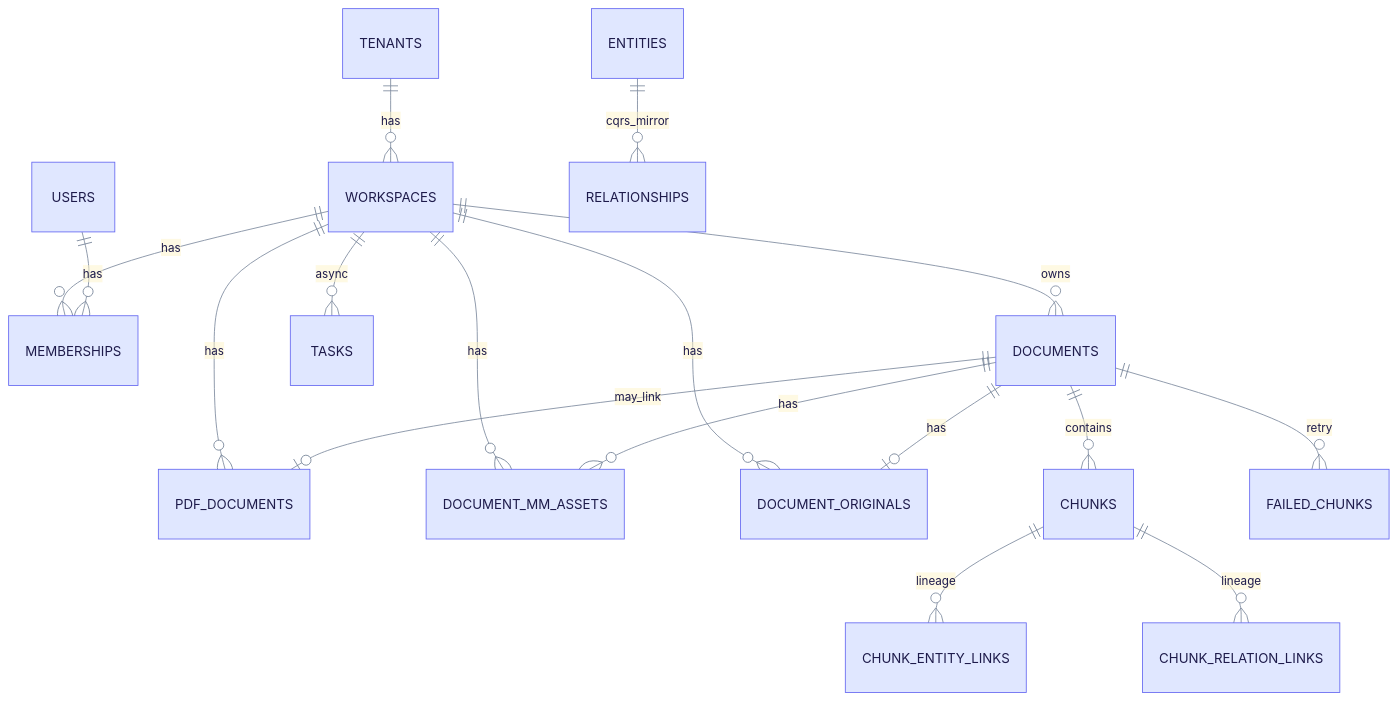
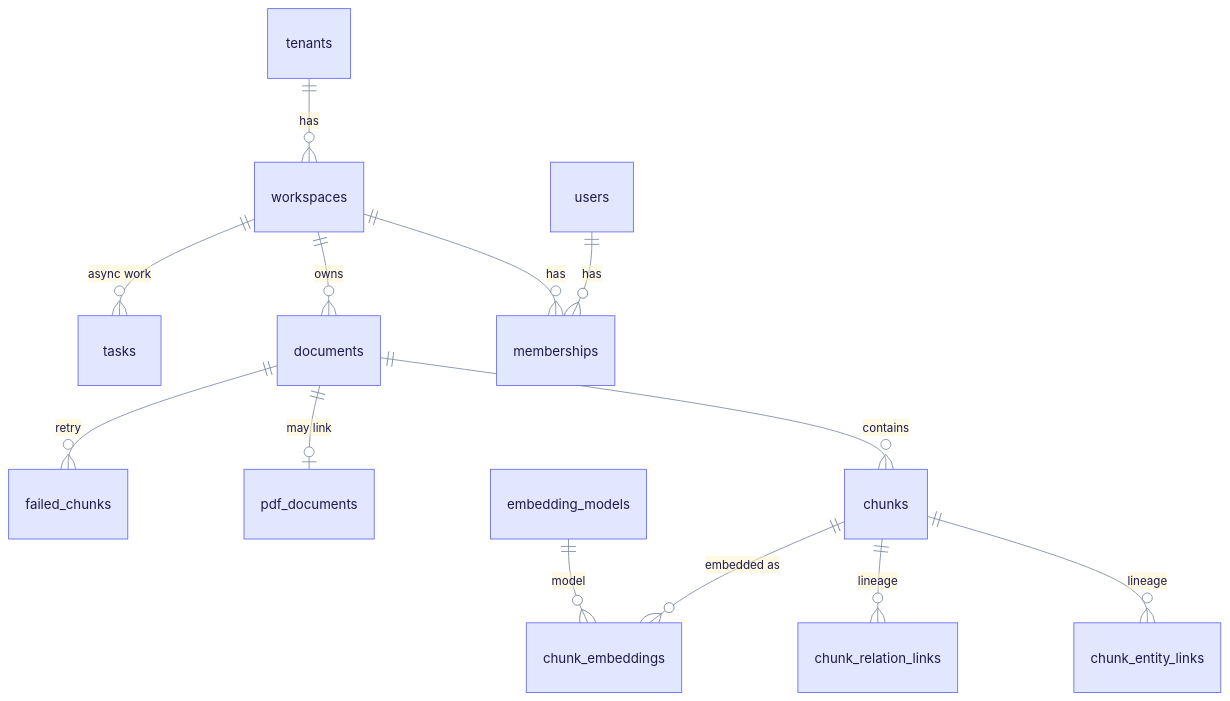
The third of 7 diagrams in docs/deep-dives/data-layer.md (raphaelmansuy/edgequake), drawn with Mermaid before and after one commit. The commit also changed other lines of this file and 194 other files, not shown here.

First line of the commit message:
Refresh docs against code and rebuild schema E/R as progressive steps

````diff
--- a/docs/deep-dives/data-layer.md
+++ b/docs/deep-dives/data-layer.md
@@ -239,21 +153,17 @@
 ```mermaid
 %%{init: {"theme":"base","themeVariables":{"primaryColor":"#E0E7FF","primaryBorderColor":"#6366F1","primaryTextColor":"#1E1B4B","secondaryColor":"#D1FAE5","secondaryBorderColor":"#10B981","secondaryTextColor":"#064E3B","tertiaryColor":"#FEF3C7","tertiaryBorderColor":"#F59E0B","tertiaryTextColor":"#6B7A90","lineColor":"#7A889C","clusterBkg":"rgba(99,102,241,0.07)","clusterBorder":"#A5B4FC","noteBkgColor":"#FEF9C3","noteTextColor":"#422006","textColor":"#6B7A90","titleColor":"#6B7A90","signalColor":"#7A889C","signalTextColor":"#6B7A90","loopTextColor":"#6B7A90","edgeLabelBackground":"#F1F5F9","actorLineColor":"#94A3B8"}}}%%
 %% eq-theme:v1
 erDiagram
-  TENANTS ||--o{ WORKSPACES : has
-  WORKSPACES ||--o{ MEMBERSHIPS : has
-  USERS ||--o{ MEMBERSHIPS : has
-  WORKSPACES ||--o{ DOCUMENTS : owns
-  WORKSPACES ||--o{ PDF_DOCUMENTS : has
-  WORKSPACES ||--o{ DOCUMENT_MM_ASSETS : has
-  WORKSPACES ||--o{ DOCUMENT_ORIGINALS : has
-  DOCUMENTS ||--o{ CHUNKS : contains
-  DOCUMENTS ||--o| PDF_DOCUMENTS : may_link
-  DOCUMENTS ||--o{ DOCUMENT_MM_ASSETS : has
-  DOCUMENTS ||--o| DOCUMENT_ORIGINALS : has
-  CHUNKS ||--o{ CHUNK_ENTITY_LINKS : lineage
-  CHUNKS ||--o{ CHUNK_RELATION_LINKS : lineage
-  ENTITIES ||--o{ RELATIONSHIPS : cqrs_mirror
-  WORKSPACES ||--o{ TASKS : async
-  DOCUMENTS ||--o{ FAILED_CHUNKS : retry
+  tenants ||--o{ workspaces : has
+  workspaces ||--o{ memberships : has
+  users ||--o{ memberships : has
+  workspaces ||--o{ documents : owns
+  documents ||--o{ chunks : contains
+  documents ||--o| pdf_documents : "may link"
+  chunks ||--o{ chunk_entity_links : "lineage"
+  chunks ||--o{ chunk_relation_links : "lineage"
+  chunks ||--o{ chunk_embeddings : "embedded as"
+  embedding_models ||--o{ chunk_embeddings : "model"
+  workspaces ||--o{ tasks : "async work"
+  documents ||--o{ failed_chunks : "retry"
 ```
````
